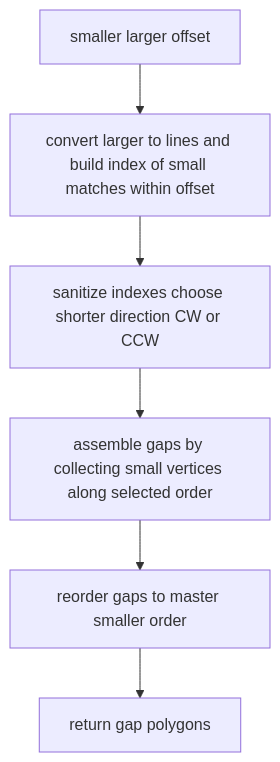
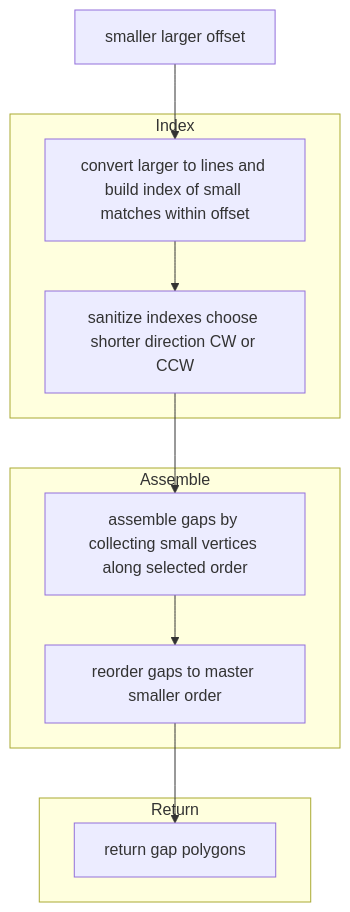
The fifth of 6 diagrams in docs/poly/hulls_densify_and_gaps.md (Gh0st352/AETHR), drawn with Mermaid before and after one commit. The commit also changed other lines of this file and 9 other files, not shown here.

First line of the commit message:
docs(poly): improve README headings and mermaid diagrams

````diff
--- a/docs/poly/hulls_densify_and_gaps.md
+++ b/docs/poly/hulls_densify_and_gaps.md
@@ -83,8 +171,25 @@
 ```mermaid
+%% shared theme: docs/_mermaid/theme.json %%
 flowchart TD
   IN[smaller larger offset] --> IDX[convert larger to lines and build index of small matches within offset]
   IDX --> SAN[sanitize indexes choose shorter direction CW or CCW]
   SAN --> ASSEM[assemble gaps by collecting small vertices along selected order]
   ASSEM --> REORD[reorder gaps to master smaller order]
   REORD --> OUT[return gap polygons]
+
+  subgraph "Index"
+    IDX
+    SAN
+  end
+  subgraph "Assemble"
+    ASSEM
+    REORD
+  end
+  subgraph "Return"
+    OUT
+  end
+
+  class IN class_io;
+  class IDX,SAN,ASSEM,REORD class_step;
+  class OUT class_result;
 ```
````
